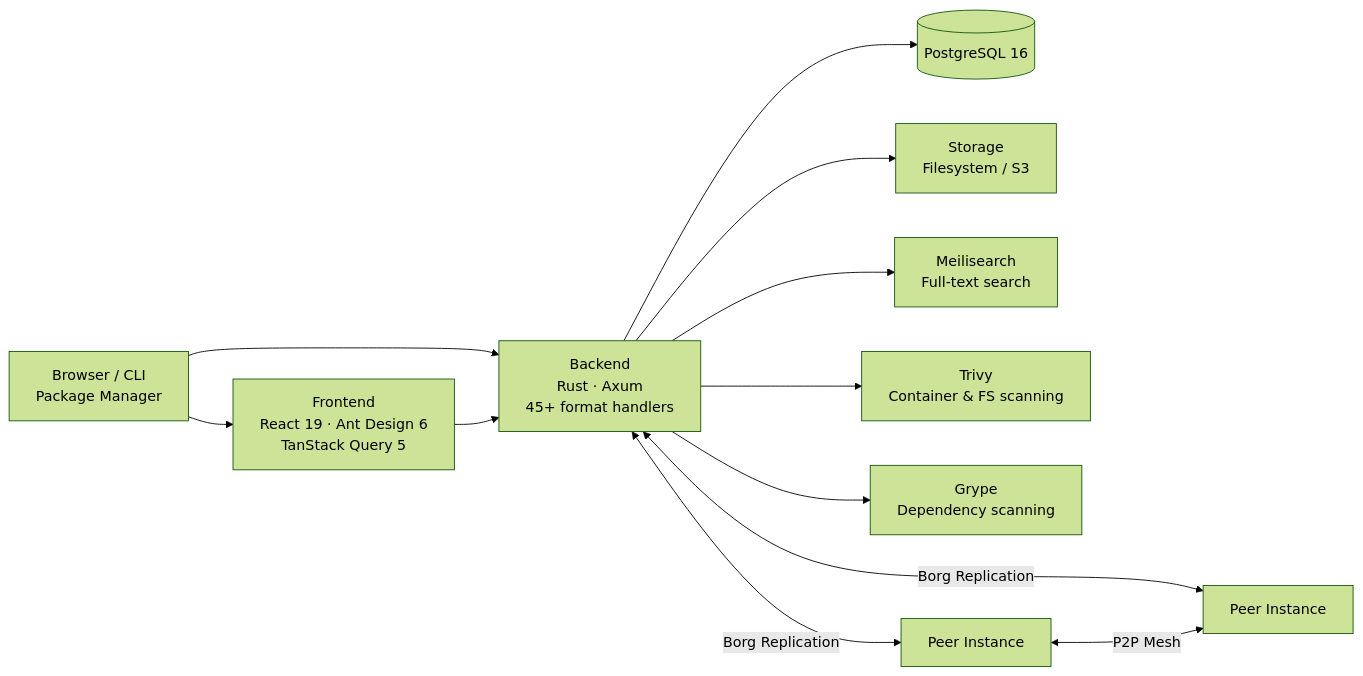
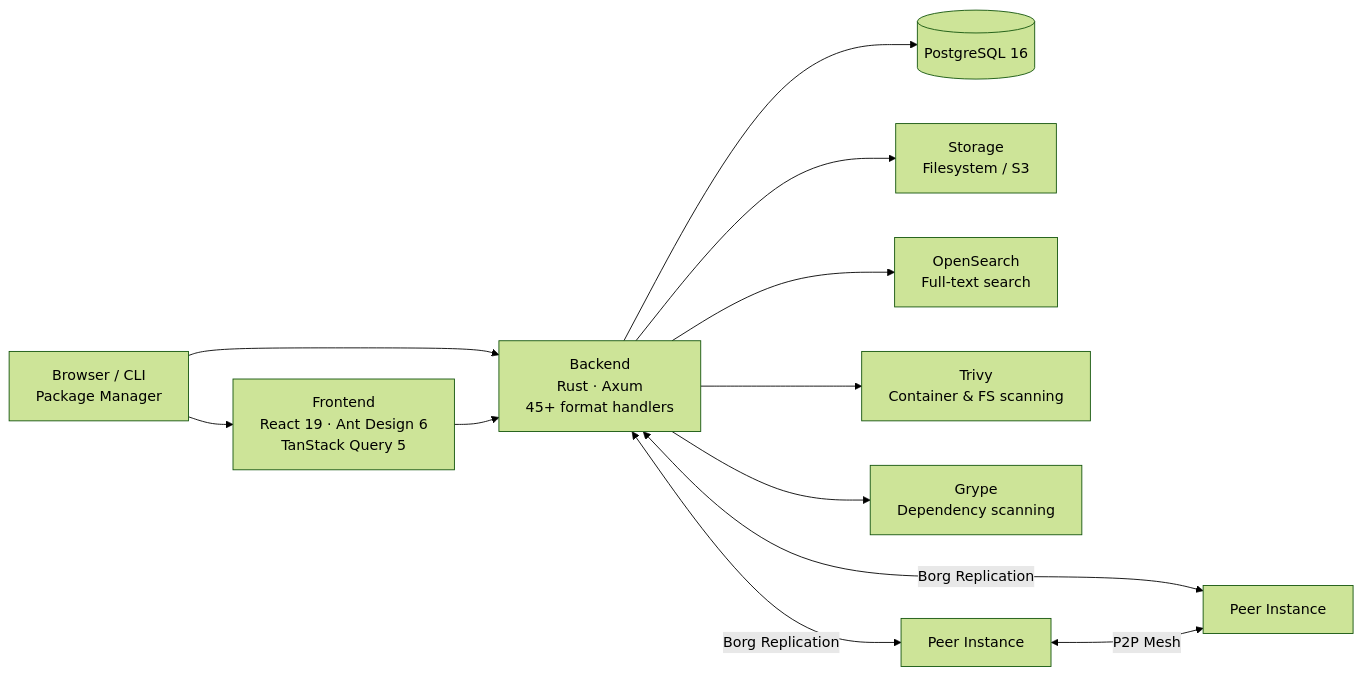
One commit to artifact-keeper/artifact-keeper-site changed the first of 6 diagrams in src/content/docs/docs/getting-started/architecture.mdx. Above: the diagram before and after it, drawn with Mermaid (forest theme). The commit also changed other lines of this file and 15 other files, not shown here.

First line of the commit message:
docs: update search backend docs from Meilisearch to OpenSearch (#59)

````diff
--- a/src/content/docs/docs/getting-started/architecture.mdx
+++ b/src/content/docs/docs/getting-started/architecture.mdx
@@ -10,25 +10,25 @@
 ```mermaid
 graph LR
     Client["Browser / CLI<br/>Package Manager"]
     Frontend["Frontend<br/>React 19 · Ant Design 6<br/>TanStack Query 5"]
     Backend["Backend<br/>Rust · Axum<br/>45+ format handlers"]
     DB[(PostgreSQL 16)]
     Storage["Storage<br/>Filesystem / S3"]
-    Meili["Meilisearch<br/>Full-text search"]
+    Search["OpenSearch<br/>Full-text search"]
     Trivy["Trivy<br/>Container & FS scanning"]
     Grype["Grype<br/>Dependency scanning"]
     Peer1["Peer Instance"]
     Peer2["Peer Instance"]
 
     Client --> Frontend
     Client --> Backend
     Frontend --> Backend
     Backend --> DB
     Backend --> Storage
-    Backend --> Meili
+    Backend --> Search
     Backend --> Trivy
     Backend --> Grype
     Backend <-->|Borg Replication| Peer1
     Backend <-->|Borg Replication| Peer2
     Peer1 <-->|P2P Mesh| Peer2
 ```
````
